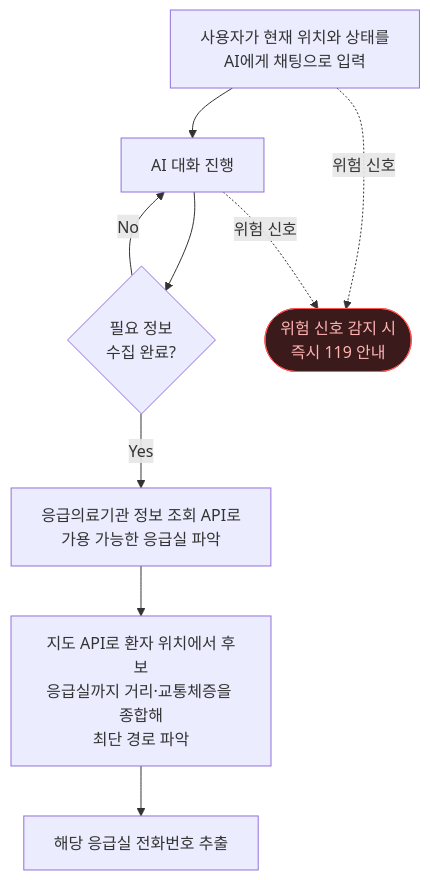
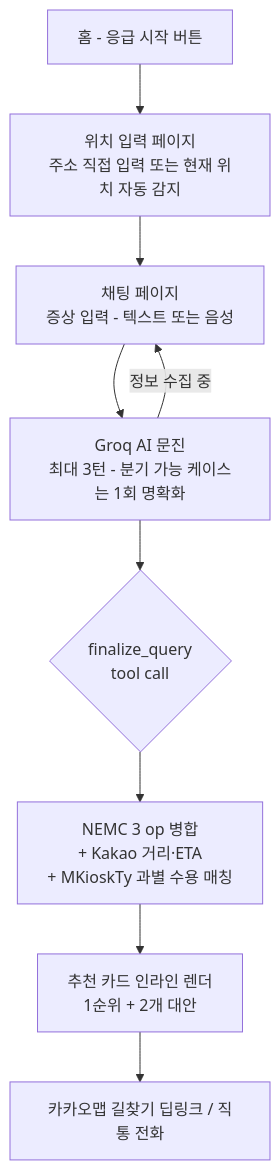
The first of 2 diagrams in README.md (dev-ddongyun/golden-match), drawn with Mermaid before and after one commit. The commit also changed other lines of this file and 7 other files, not shown here.

First line of the commit message:
fix(mobile): iOS safe-area, continuous mic, README architecture

````diff
--- a/README.md
+++ b/README.md
@@ -9,23 +9,15 @@
 ```mermaid
 flowchart TD
-    A[사용자가 현재 위치와 상태를<br/>AI에게 채팅으로 입력]
-    B[AI 대화 진행]
-    C{필요 정보<br/>수집 완료?}
-    D[응급의료기관 정보 조회 API로<br/>가용 가능한 응급실 파악]
-    E[지도 API로 환자 위치에서 후보<br/>응급실까지 거리·교통체증을 종합해<br/>최단 경로 파악]
-    F[해당 응급실 전화번호 추출]
-    X([위험 신호 감지 시<br/>즉시 119 안내])
+    H[홈 - 응급 시작 버튼]
+    L[위치 입력 페이지<br/>주소 직접 입력 또는 현재 위치 자동 감지]
+    C1[채팅 페이지<br/>증상 입력 - 텍스트 또는 음성]
+    AI[Groq AI 문진<br/>최대 3턴 - 분기 가능 케이스는 1회 명확화]
+    T{finalize_query<br/>tool call}
+    M[NEMC 3 op 병합<br/>+ Kakao 거리·ETA<br/>+ MKioskTy 과별 수용 매칭]
+    R[추천 카드 인라인 렌더<br/>1순위 + 2개 대안]
+    K[카카오맵 길찾기 딥링크 / 직통 전화]
 
-    A --> B
-    B --> C
-    C -- No --> B
-    C -- Yes --> D
-    D --> E
-    E --> F
-
-    A -.위험 신호.-> X
-    B -.위험 신호.-> X
-
-    classDef danger fill:#3a1a1a,stroke:#ff5555,color:#ffb4b4
-    class X danger
+    H --> L --> C1 --> AI
+    AI -->|정보 수집 중| C1
+    AI --> T --> M --> R --> K
 ```
````
